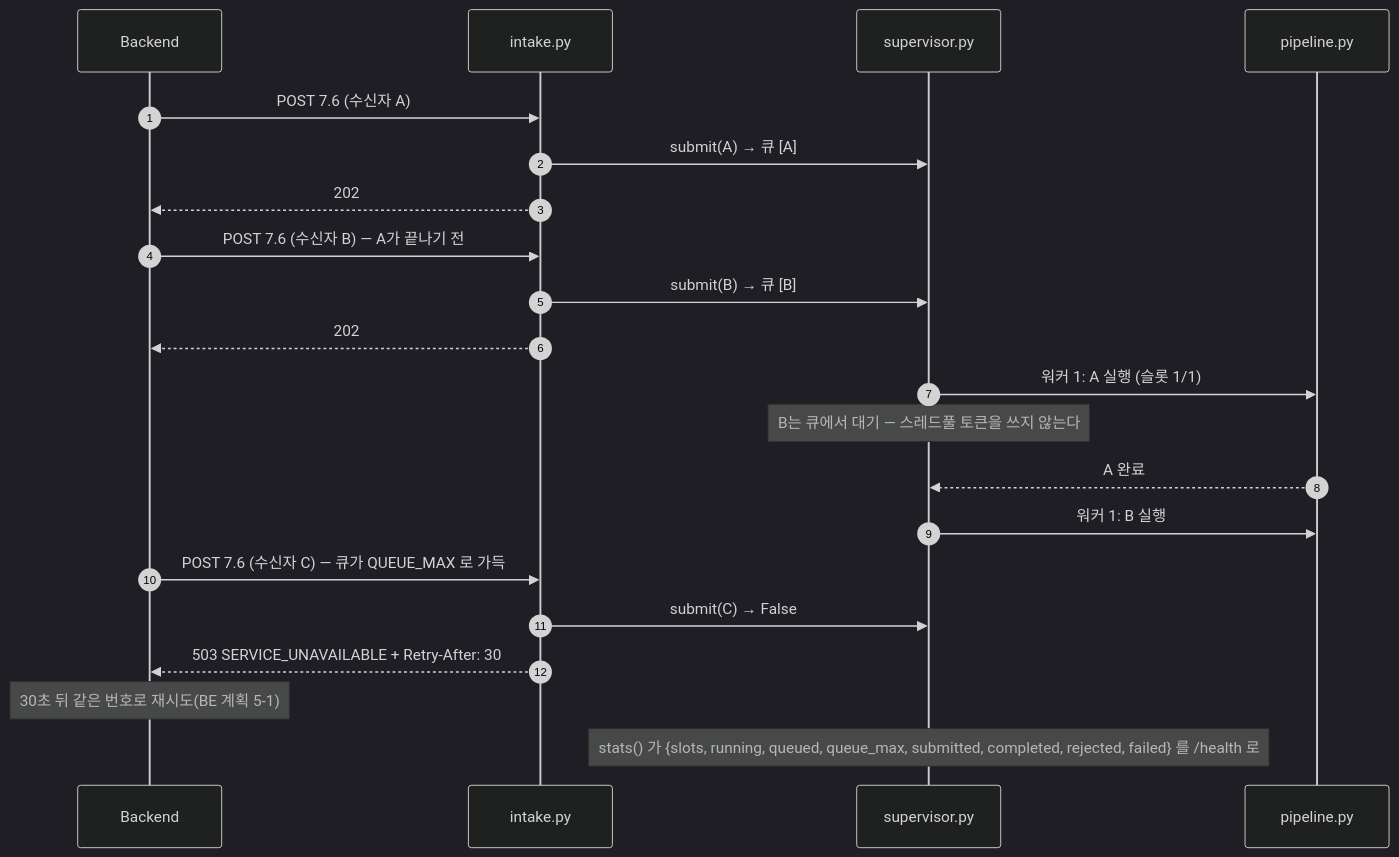
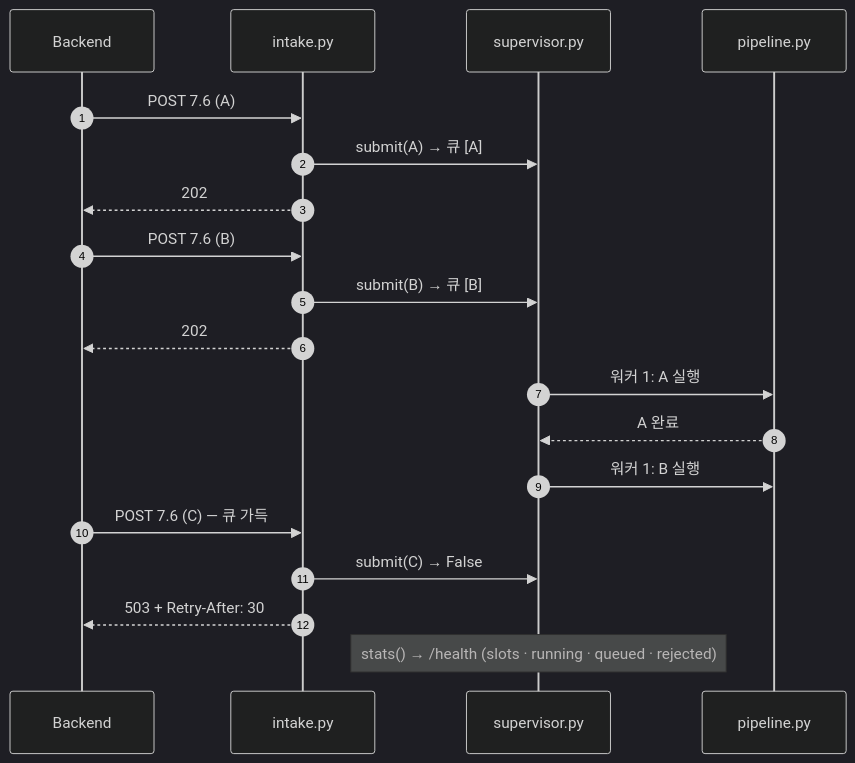
One commit to 100-hours-a-week/KTB4-12th-AI changed the sixth of 6 diagrams in profiling/docs/시퀀스_전체.md. Above: the diagram before and after it, drawn with Mermaid (dark theme). The commit also changed other lines of this file and 70 other files, not shown here.

````diff
--- a/profiling/docs/시퀀스_전체.md
+++ b/profiling/docs/시퀀스_전체.md
@@ -279,24 +247,21 @@
 ```mermaid
 sequenceDiagram
   autonumber
   participant BE as Backend
   participant R as intake.py
   participant SUP as supervisor.py
   participant PL as pipeline.py
-
-  BE->>R: POST 7.6 (수신자 A)
+  BE->>R: POST 7.6 (A)
   R->>SUP: submit(A) → 큐 [A]
   R-->>BE: 202
-  BE->>R: POST 7.6 (수신자 B) — A가 끝나기 전
+  BE->>R: POST 7.6 (B)
   R->>SUP: submit(B) → 큐 [B]
   R-->>BE: 202
-  SUP->>PL: 워커 1: A 실행 (슬롯 1/1)
-  Note over SUP: B는 큐에서 대기 — 스레드풀 토큰을 쓰지 않는다
+  SUP->>PL: 워커 1: A 실행
   PL-->>SUP: A 완료
   SUP->>PL: 워커 1: B 실행
-  BE->>R: POST 7.6 (수신자 C) — 큐가 QUEUE_MAX 로 가득
+  BE->>R: POST 7.6 (C) — 큐 가득
   R->>SUP: submit(C) → False
-  R-->>BE: 503 SERVICE_UNAVAILABLE + Retry-After: 30
-  Note over BE: 30초 뒤 같은 번호로 재시도(BE 계획 5-1)
-  Note over SUP: stats() 가 {slots, running, queued, queue_max, submitted, completed, rejected, failed} 를 /health 로
+  R-->>BE: 503 + Retry-After: 30
+  Note over SUP: stats() → /health (slots · running · queued · rejected)
 ```
````
